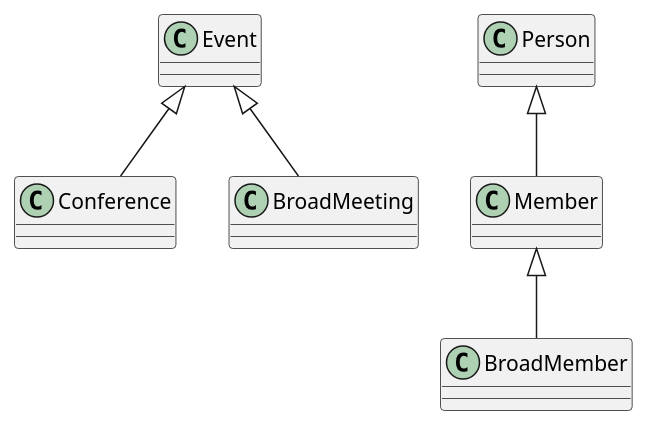
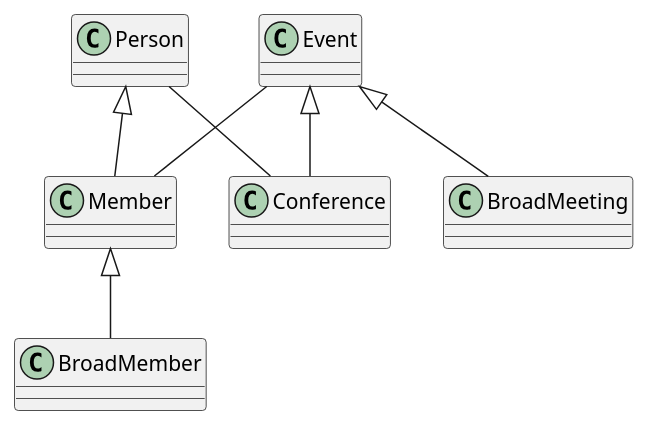
One commit to sandrasd89/UMLClasesSandra changed the diagram in P11_Diagrama_UML.puml. Above: the diagram before and after it, drawn with PlantUML.

Commit message:
Se han relacionado las clases

```diff
--- a/P11_Diagrama_UML.puml
+++ b/P11_Diagrama_UML.puml
@@ -1,30 +1,32 @@
 @startuml
 
 class Event{
 
 }
 class Conference {
 
 }
 class BroadMeeting{
 }
 
 class Person {
 
 }
 class Member{
 
 }
 
 class BroadMember {
 
 }
 
 
 Event <|-- Conference
 Event <|-- BroadMeeting
 Person <|-- Member
 Member <|-- BroadMember
+Event -- Member
+Person -- Conference
 
 
 @enduml
```
